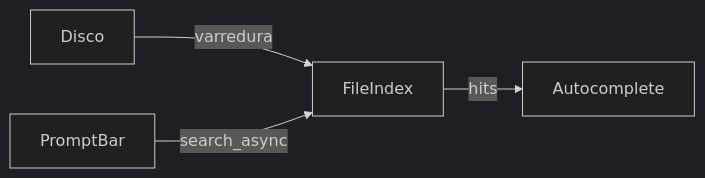
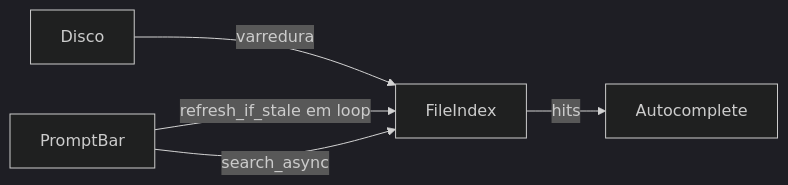
Before and after one commit to nicolasmmb/b3code: the second of 5 diagrams in README.md, drawn with Mermaid (dark theme). The commit also changed other lines of this file and 8 other files, not shown here.

````diff
--- a/README.md
+++ b/README.md
@@ -374,11 +380,12 @@
 ```mermaid
 flowchart LR
   disco[Disco]
   files[FileIndex]
   bar[PromptBar]
   ac[Autocomplete]
 
   disco -->|varredura| files
+  bar -->|refresh_if_stale em loop| files
   bar -->|search_async| files
   files -->|hits| ac
 ```
````
